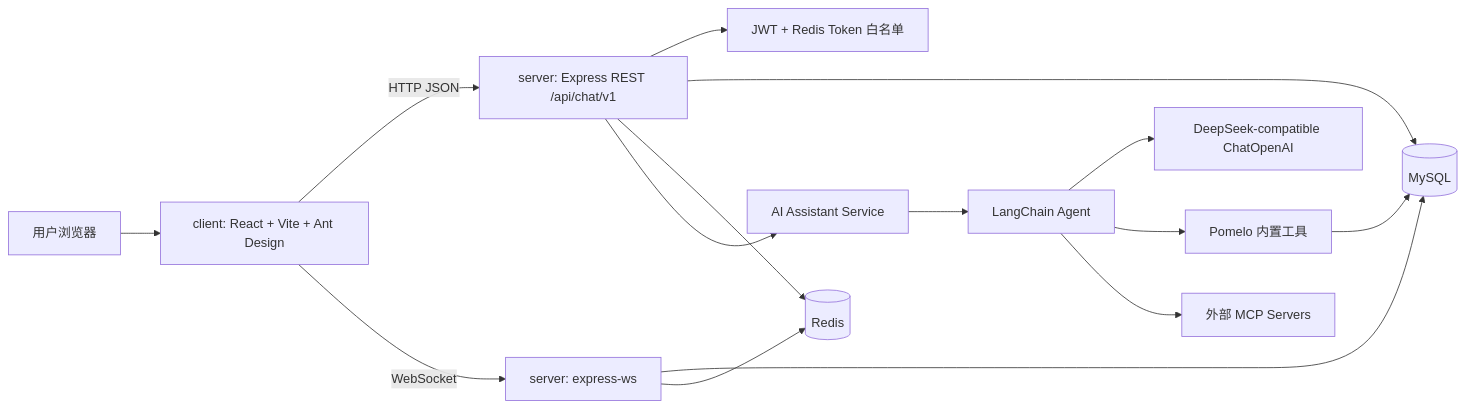
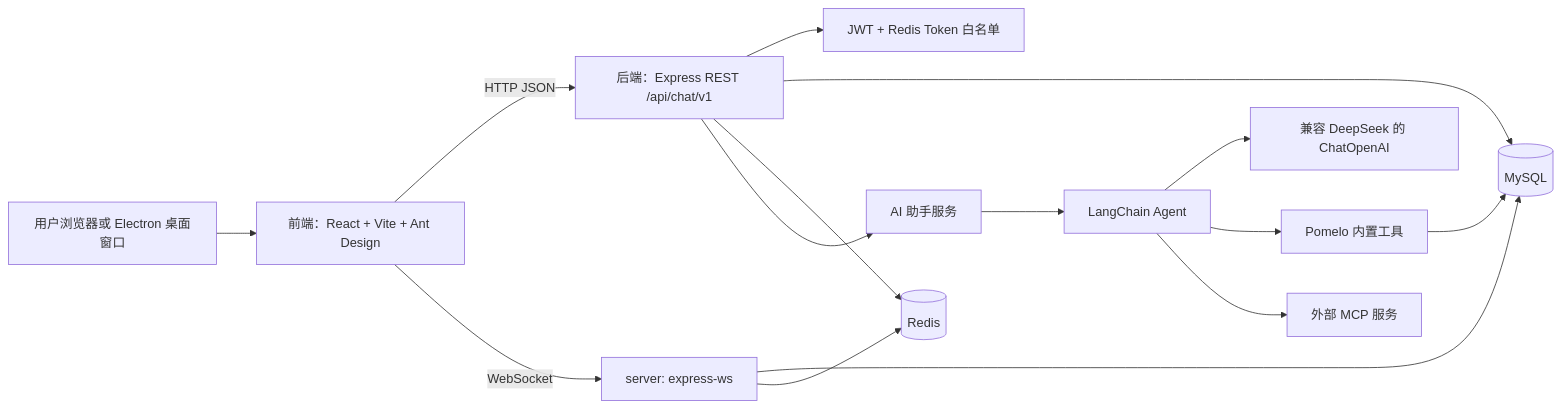
The first of 4 diagrams in README.md (davent10086/pomelo-chat), drawn with Mermaid before and after one commit. The commit also changed other lines of this file and 144 other files, not shown here.

````diff
--- a/README.md
+++ b/README.md
@@ -9,19 +24,19 @@
 ```mermaid
 flowchart LR
-  User["用户浏览器"] --> Client["client: React + Vite + Ant Design"]
-  Client -->|HTTP JSON| API["server: Express REST /api/chat/v1"]
+  User["用户浏览器或 Electron 桌面窗口"] --> Client["前端：React + Vite + Ant Design"]
+  Client -->|HTTP JSON| API["后端：Express REST /api/chat/v1"]
   Client -->|WebSocket| WS["server: express-ws"]
 
   API --> Auth["JWT + Redis Token 白名单"]
   API --> MySQL[("MySQL")]
   API --> Redis[("Redis")]
   WS --> MySQL
   WS --> Redis
 
-  API --> Assistant["AI Assistant Service"]
+  API --> Assistant["AI 助手服务"]
   Assistant --> Agent["LangChain Agent"]
-  Agent --> LLM["DeepSeek-compatible ChatOpenAI"]
+  Agent --> LLM["兼容 DeepSeek 的 ChatOpenAI"]
   Agent --> BuiltinTools["Pomelo 内置工具"]
-  Agent --> ExternalMCP["外部 MCP Servers"]
+  Agent --> ExternalMCP["外部 MCP 服务"]
   BuiltinTools --> MySQL
 ```
````
